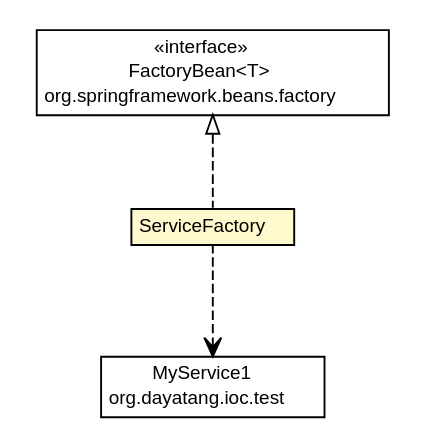
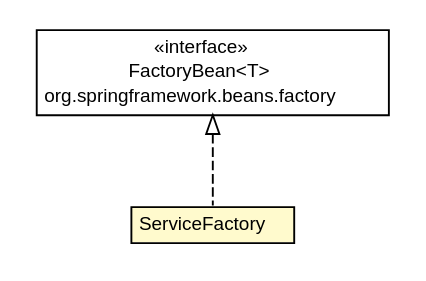
Before and after one commit to dayatang/dddlib: the diagram in dddlib-ioc/dddlib-ioc-spring/testapidocs/org/dayatang/ioc/spring/beans/ServiceFactory.dot, drawn with Graphviz. The commit also changed 71 other files, not shown here.

```diff
--- a/dddlib-ioc/dddlib-ioc-spring/testapidocs/org/dayatang/ioc/spring/beans/ServiceFactory.dot
+++ b/dddlib-ioc/dddlib-ioc-spring/testapidocs/org/dayatang/ioc/spring/beans/ServiceFactory.dot
@@ -1,37 +1,28 @@
 #!/usr/local/bin/dot
 #
 # Class diagram 
 # Generated by UMLGraph version R5_6_6-8-g8d7759 (http://www.umlgraph.org/)
 #
 
 digraph G {
 	edge [fontname="Helvetica",fontsize=10,labelfontname="Helvetica",labelfontsize=10];
 	node [fontname="Helvetica",fontsize=10,shape=plaintext];
 	nodesep=0.25;
 	ranksep=0.5;
 	// org.dayatang.ioc.spring.beans.ServiceFactory
-	c32 [label=<<table title="org.dayatang.ioc.spring.beans.ServiceFactory" border="0" cellborder="1" cellspacing="0" cellpadding="2" port="p" bgcolor="lemonChiffon" href="./ServiceFactory.html">
+	c29 [label=<<table title="org.dayatang.ioc.spring.beans.ServiceFactory" border="0" cellborder="1" cellspacing="0" cellpadding="2" port="p" bgcolor="lemonChiffon" href="./ServiceFactory.html">
 		<tr><td><table border="0" cellspacing="0" cellpadding="1">
 <tr><td align="center" balign="center"> ServiceFactory </td></tr>
 		</table></td></tr>
 		</table>>, URL="./ServiceFactory.html", fontname="Helvetica", fontcolor="black", fontsize=10.0];
 	//org.dayatang.ioc.spring.beans.ServiceFactory implements org.springframework.beans.factory.FactoryBean<T>
-	c36:p -> c32:p [dir=back,arrowtail=empty,style=dashed];
-	// org.dayatang.ioc.spring.beans.ServiceFactory DEPEND org.dayatang.ioc.test.MyService1
-	c32:p -> c37:p [taillabel="", label=" "headlabel="", fontname="Helvetica", fontcolor="black", fontsize=10.0, color="black", arrowhead=open, style=dashed];
+	c33:p -> c29:p [dir=back,arrowtail=empty,style=dashed];
 	// org.springframework.beans.factory.FactoryBean<T>
-	c36 [label=<<table title="org.springframework.beans.factory.FactoryBean" border="0" cellborder="1" cellspacing="0" cellpadding="2" port="p" href="http://java.sun.com/j2se/1.4.2/docs/api/org/springframework/beans/factory/FactoryBean.html">
+	c33 [label=<<table title="org.springframework.beans.factory.FactoryBean" border="0" cellborder="1" cellspacing="0" cellpadding="2" port="p" href="http://java.sun.com/j2se/1.4.2/docs/api/org/springframework/beans/factory/FactoryBean.html">
 		<tr><td><table border="0" cellspacing="0" cellpadding="1">
 <tr><td align="center" balign="center"> &#171;interface&#187; </td></tr>
 <tr><td align="center" balign="center"> FactoryBean&lt;T&gt; </td></tr>
 <tr><td align="center" balign="center"> org.springframework.beans.factory </td></tr>
 		</table></td></tr>
 		</table>>, URL="http://java.sun.com/j2se/1.4.2/docs/api/org/springframework/beans/factory/FactoryBean.html", fontname="Helvetica", fontcolor="black", fontsize=10.0];
-	// org.dayatang.ioc.test.MyService1
-	c37 [label=<<table title="org.dayatang.ioc.test.MyService1" border="0" cellborder="1" cellspacing="0" cellpadding="2" port="p" href="http://java.sun.com/j2se/1.4.2/docs/api/org/dayatang/ioc/test/MyService1.html">
-		<tr><td><table border="0" cellspacing="0" cellpadding="1">
-<tr><td align="center" balign="center"> MyService1 </td></tr>
-<tr><td align="center" balign="center"> org.dayatang.ioc.test </td></tr>
-		</table></td></tr>
-		</table>>, URL="http://java.sun.com/j2se/1.4.2/docs/api/org/dayatang/ioc/test/MyService1.html", fontname="Helvetica", fontcolor="black", fontsize=10.0];
 }
```
